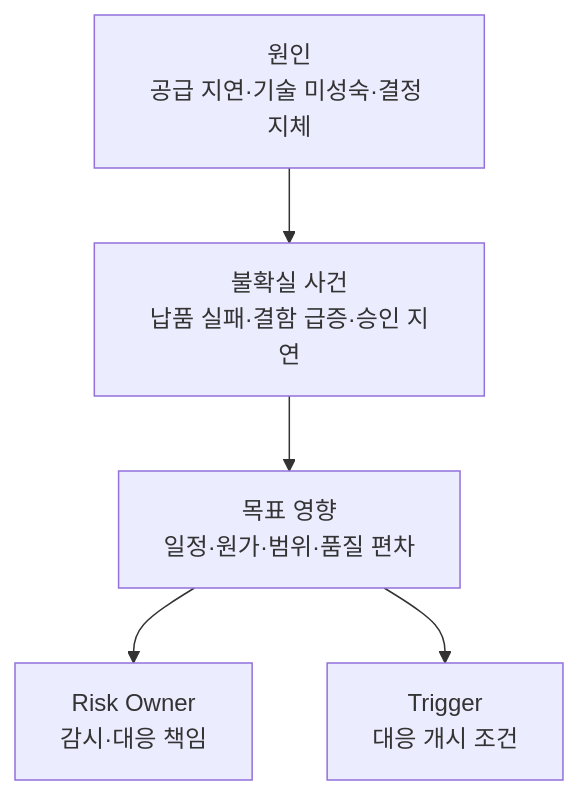
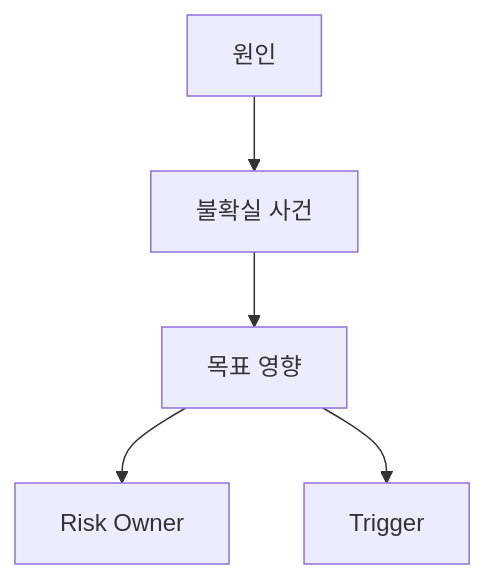
One commit to agnusdei1207/study changed the second of 5 diagrams in src/content/docs/notes/itpe/01-it-strategy/009_project_risk_management_negative.md. Above: the diagram before and after it, drawn with Mermaid. The commit also changed other lines of this file and 19 other files, not shown here.

````diff
--- a/src/content/docs/notes/itpe/01-it-strategy/009_project_risk_management_negative.md
+++ b/src/content/docs/notes/itpe/01-it-strategy/009_project_risk_management_negative.md
@@ -70,7 +78,7 @@
 ```mermaid
 flowchart TD
-    C["원인<br/>공급 지연·기술 미성숙·결정 지체"] --> E["불확실 사건<br/>납품 실패·결함 급증·승인 지연"]
-    E --> I["목표 영향<br/>일정·원가·범위·품질 편차"]
-    I --> O["Risk Owner<br/>감시·대응 책임"]
-    I --> T["Trigger<br/>대응 개시 조건"]
+    C["원인"] --> E["불확실 사건"]
+    E --> I["목표 영향"]
+    I --> O["Risk Owner"]
+    I --> T["Trigger"]
 ```
````
